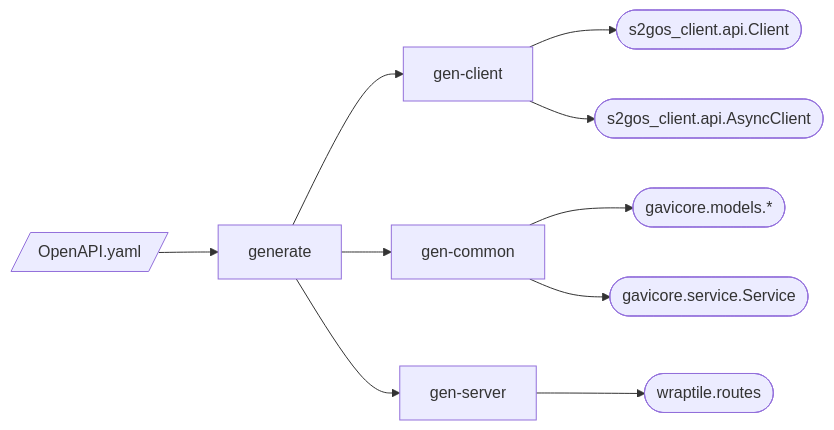
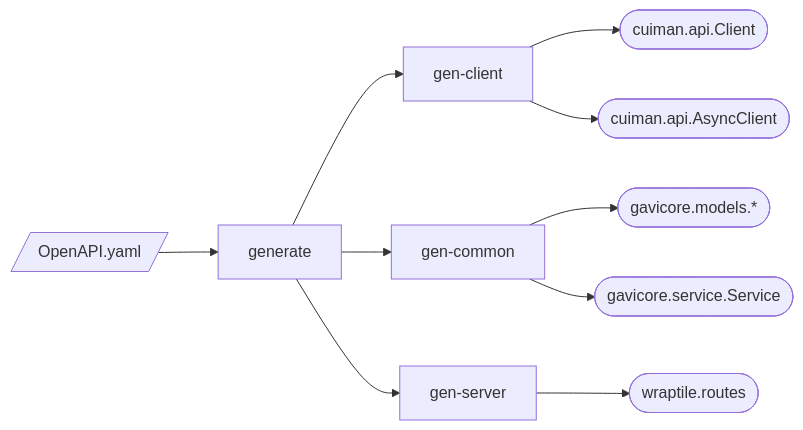
The fifth of 6 diagrams in docs/architecture.md (eo-tools/eozilla), drawn with Mermaid before and after one commit. The commit also changed other lines of this file and 66 other files, not shown here.

Commit message:
renamed `s2gos_client` into `cuiman`

````diff
--- a/docs/architecture.md
+++ b/docs/architecture.md
@@ -214,22 +214,22 @@
 ```mermaid
 ---
 config:
   theme: default
 ---
 flowchart LR
     openapi@{ shape: lean-r, label: "OpenAPI.yaml" }
-    sync_client@{ shape: stadium, label: "s2gos_client.api.Client" }
-    async_client@{ shape: stadium, label: "s2gos_client.api.AsyncClient" }
+    sync_client@{ shape: stadium, label: "cuiman.api.Client" }
+    async_client@{ shape: stadium, label: "cuiman.api.AsyncClient" }
     models@{ shape: stadium, label: "gavicore.models.*" }
     service@{ shape: stadium, label: "gavicore.service.Service" }
     routes@{ shape: stadium, label: "wraptile.routes" }
     openapi --> generate
     generate --> gen-client
     generate --> gen-common
     generate --> gen-server
     gen-client --> sync_client
     gen-client --> async_client
     gen-common --> models
     gen-common --> service
     gen-server --> routes
 ```
````
